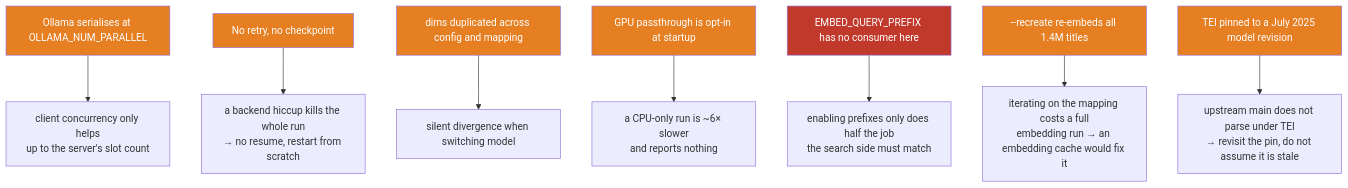
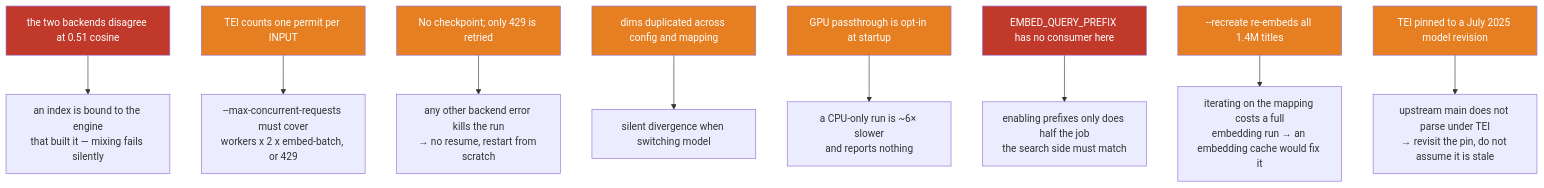
Before and after one commit to Guillaume-Gozillon/search-lab-ingest: the seventh of 7 diagrams in article-02-vector-ingestion/ARCHITECTURE.md, drawn with Mermaid. The commit also changed other lines of this file and 9 other files, not shown here.

First line of the commit message:
Make TEI the default engine, move Ollama behind a profile

````diff
--- a/article-02-vector-ingestion/ARCHITECTURE.md
+++ b/article-02-vector-ingestion/ARCHITECTURE.md
@@ -197,18 +208,20 @@
 ```mermaid
 flowchart TD
-    L1["Ollama serialises at OLLAMA_NUM_PARALLEL"] --> I1["client concurrency only helps<br/>up to the server's slot count"]
-    L2["No retry, no checkpoint"] --> I2["a backend hiccup kills the whole run<br/>→ no resume, restart from scratch"]
+    L0["the two backends disagree at 0.51 cosine"] --> I0["an index is bound to the engine<br/>that built it — mixing fails silently"]
+    L1["TEI counts one permit per INPUT"] --> I1["--max-concurrent-requests must cover<br/>workers x 2 x embed-batch, or 429"]
+    L2["No checkpoint; only 429 is retried"] --> I2["any other backend error kills the run<br/>→ no resume, restart from scratch"]
     L3["dims duplicated across config and mapping"] --> I3["silent divergence when switching model"]
     L4["GPU passthrough is opt-in at startup"] --> I4["a CPU-only run is ~6× slower<br/>and reports nothing"]
     L5["EMBED_QUERY_PREFIX has no consumer here"] --> I5["enabling prefixes only does half the job<br/>the search side must match"]
     L6["--recreate re-embeds all 1.4M titles"] --> I6["iterating on the mapping costs a full<br/>embedding run → an embedding cache would fix it"]
     L7["TEI pinned to a July 2025 model revision"] --> I7["upstream main does not parse under TEI<br/>→ revisit the pin, do not assume it is stale"]
 
+    style L0 fill:#c0392b,color:#fff
     style L1 fill:#e67e22,color:#fff
     style L2 fill:#e67e22,color:#fff
     style L3 fill:#e67e22,color:#fff
     style L4 fill:#e67e22,color:#fff
     style L5 fill:#c0392b,color:#fff
     style L6 fill:#e67e22,color:#fff
     style L7 fill:#e67e22,color:#fff
 ```
````
